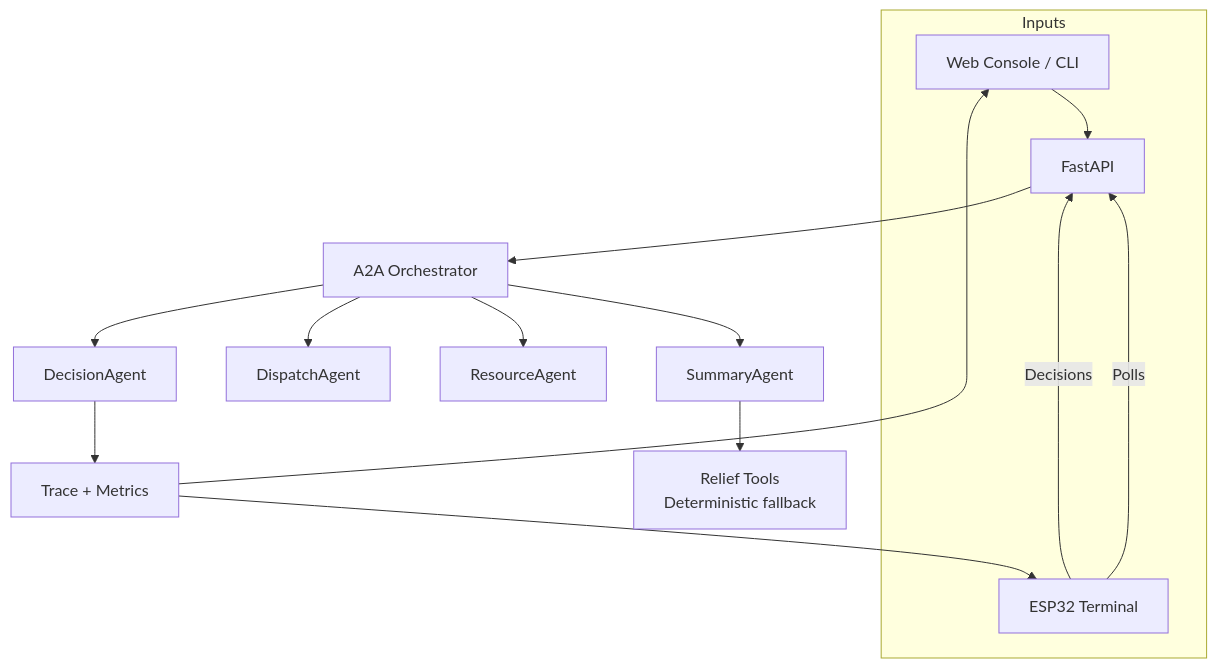
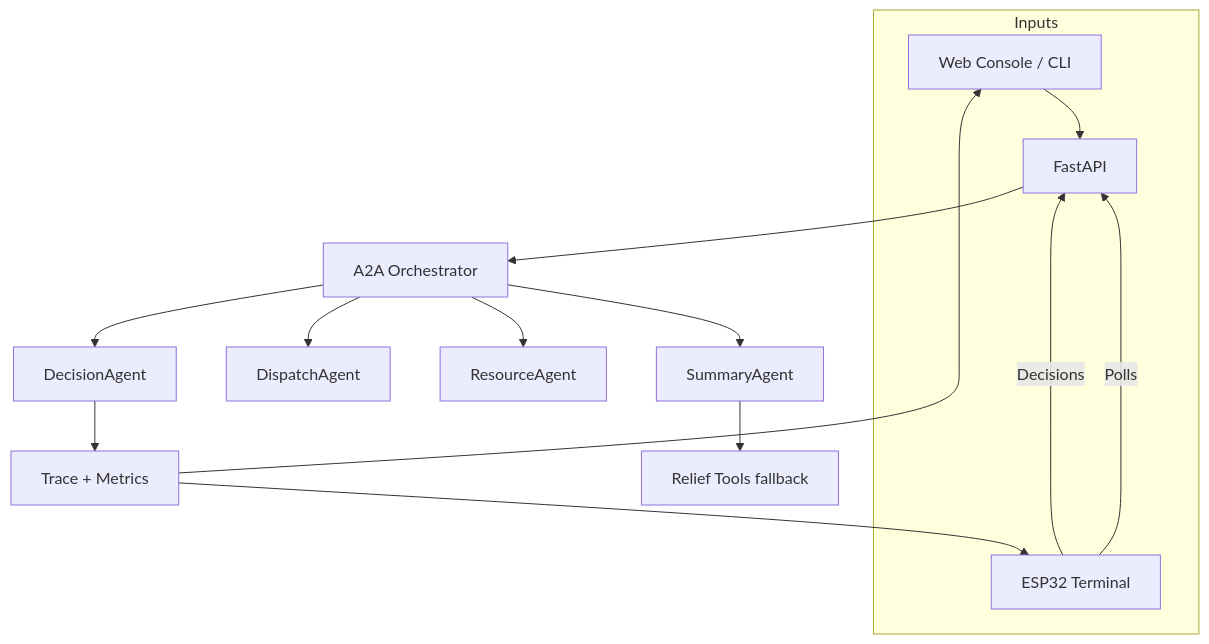
One commit to Julien-ser/ResQ-AI_AgenticDispatcher changed the diagram in docs/DOCUMENTATION.md. Above: the diagram before and after it, drawn with Mermaid. The commit also changed 1 other file, not shown here.

````diff
--- a/docs/DOCUMENTATION.md
+++ b/docs/DOCUMENTATION.md
@@ -63,18 +63,18 @@
 ```mermaid
 flowchart TD
     subgraph Inputs
         Web[Web Console / CLI] --> API
         ESP[ESP32 Terminal] -->|Decisions| API
         ESP -->|Polls| API
     end
 
     API[FastAPI] --> ORCH[A2A Orchestrator]
     ORCH --> DA[DispatchAgent]
     ORCH --> RA[ResourceAgent]
     ORCH --> SA[SummaryAgent]
     ORCH --> DCA[DecisionAgent]
-    SA --> Relief[Relief Tools<br/>Deterministic fallback]
+    SA --> Relief[Relief Tools fallback]
     DCA --> Logs[Trace + Metrics]
     Logs --> ESP
     Logs --> Web
 ```
````
